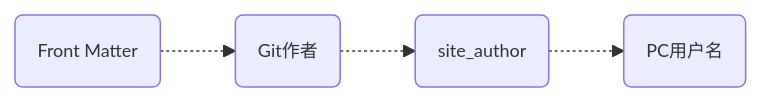
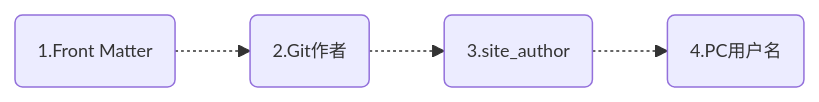
One commit to jaywhj/jaywhj.github.io changed the second of 3 diagrams in docs/document-dates-zh.md. Above: the diagram before and after it, drawn with Mermaid. The commit also changed other lines of this file and 9 other files, not shown here.

````diff
--- a/docs/document-dates-zh.md
+++ b/docs/document-dates-zh.md
@@ -92,10 +138,9 @@
 ```mermaid
 %%{init: {'theme': 'default', 'themeVariables': {'fontSize': '12px'}}}%%
 flowchart LR
-    A(Front Matter)
-    B(Git作者)
-    C(site_author)
-    D(PC用户名)
+    A(1.Front Matter)
+    B(2.Git作者)
+    C(3.site_author)
+    D(4.PC用户名)
     A -.-> B -.-> C -.-> D
-    click C "#__tabbed_1_2"
 ```
````
